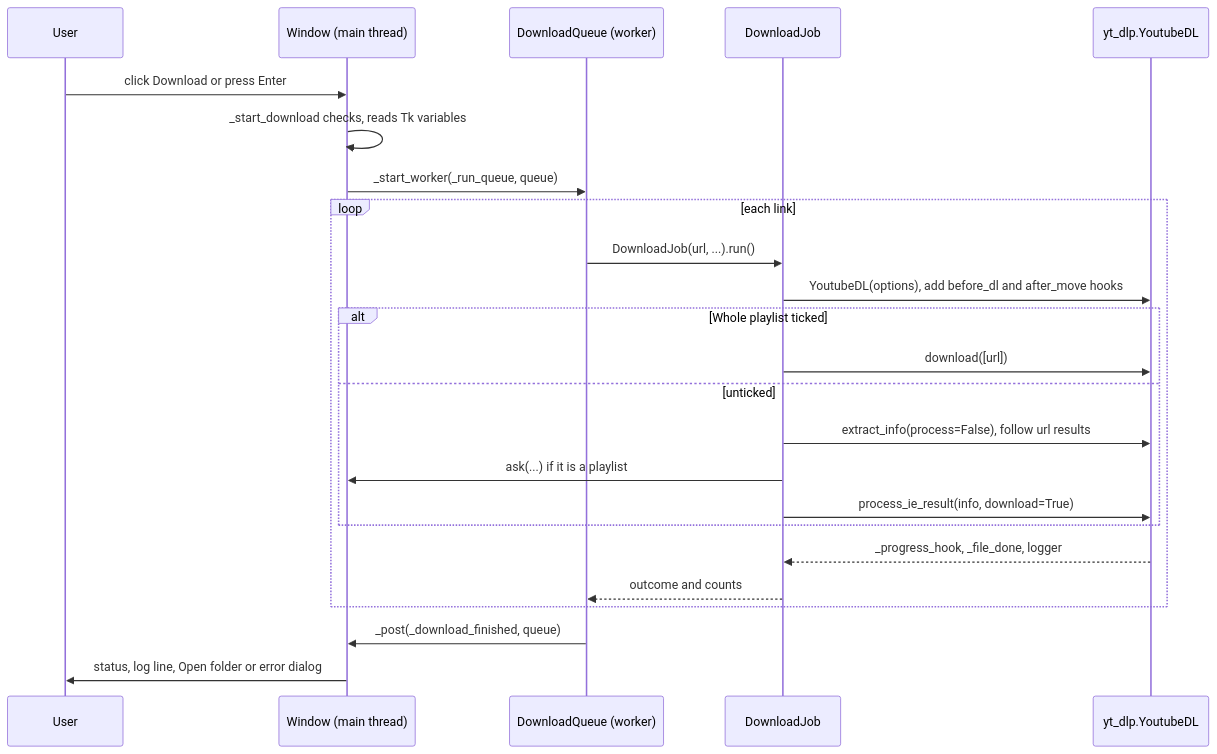
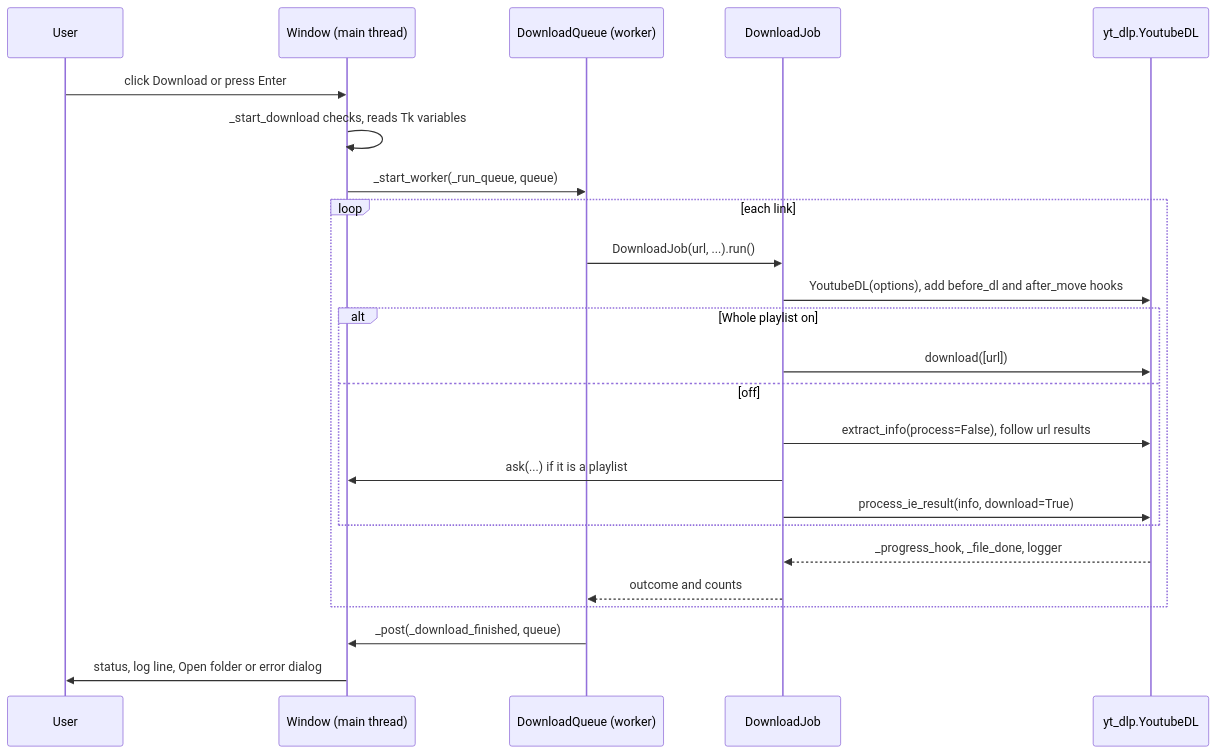
Before and after one commit to lifeupnorth/YouTubeDownloader: the first of 2 diagrams in docs/wiki/04-download-pipeline.md, drawn with Mermaid. The commit also changed other lines of this file and 9 other files, not shown here.

````diff
--- a/docs/wiki/04-download-pipeline.md
+++ b/docs/wiki/04-download-pipeline.md
@@ -15,26 +15,26 @@
 ```mermaid
 sequenceDiagram
     participant U as User
     participant M as Window (main thread)
     participant Q as DownloadQueue (worker)
     participant J as DownloadJob
     participant Y as yt_dlp.YoutubeDL
     U->>M: click Download or press Enter
     M->>M: _start_download checks, reads Tk variables
     M->>Q: _start_worker(_run_queue, queue)
     loop each link
         Q->>J: DownloadJob(url, ...).run()
         J->>Y: YoutubeDL(options), add before_dl and after_move hooks
-        alt Whole playlist ticked
+        alt Whole playlist on
             J->>Y: download([url])
-        else unticked
+        else off
             J->>Y: extract_info(process=False), follow url results
             J->>M: ask(...) if it is a playlist
             J->>Y: process_ie_result(info, download=True)
         end
         Y-->>J: _progress_hook, _file_done, logger
         J-->>Q: outcome and counts
     end
     Q->>M: _post(_download_finished, queue)
     M->>U: status, log line, Open folder or error dialog
 ```
````
